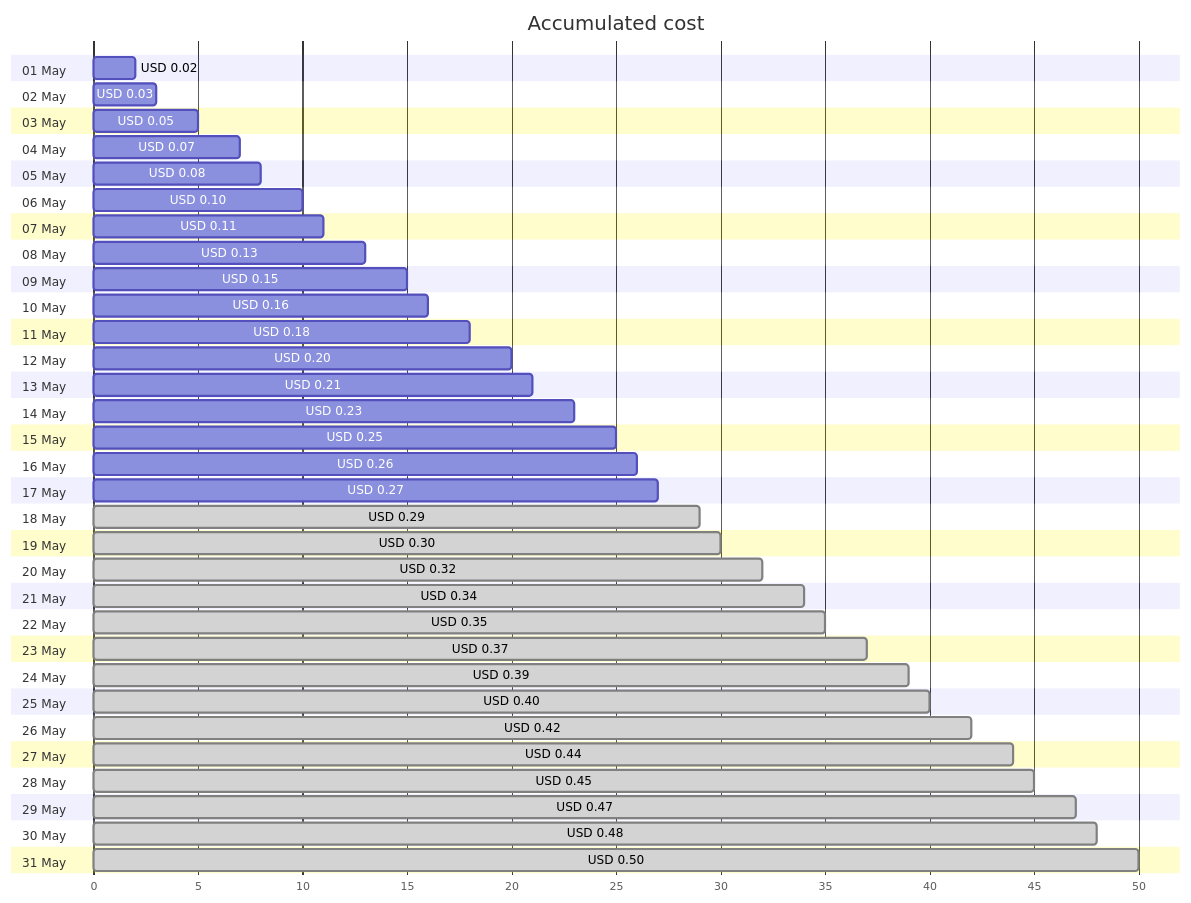
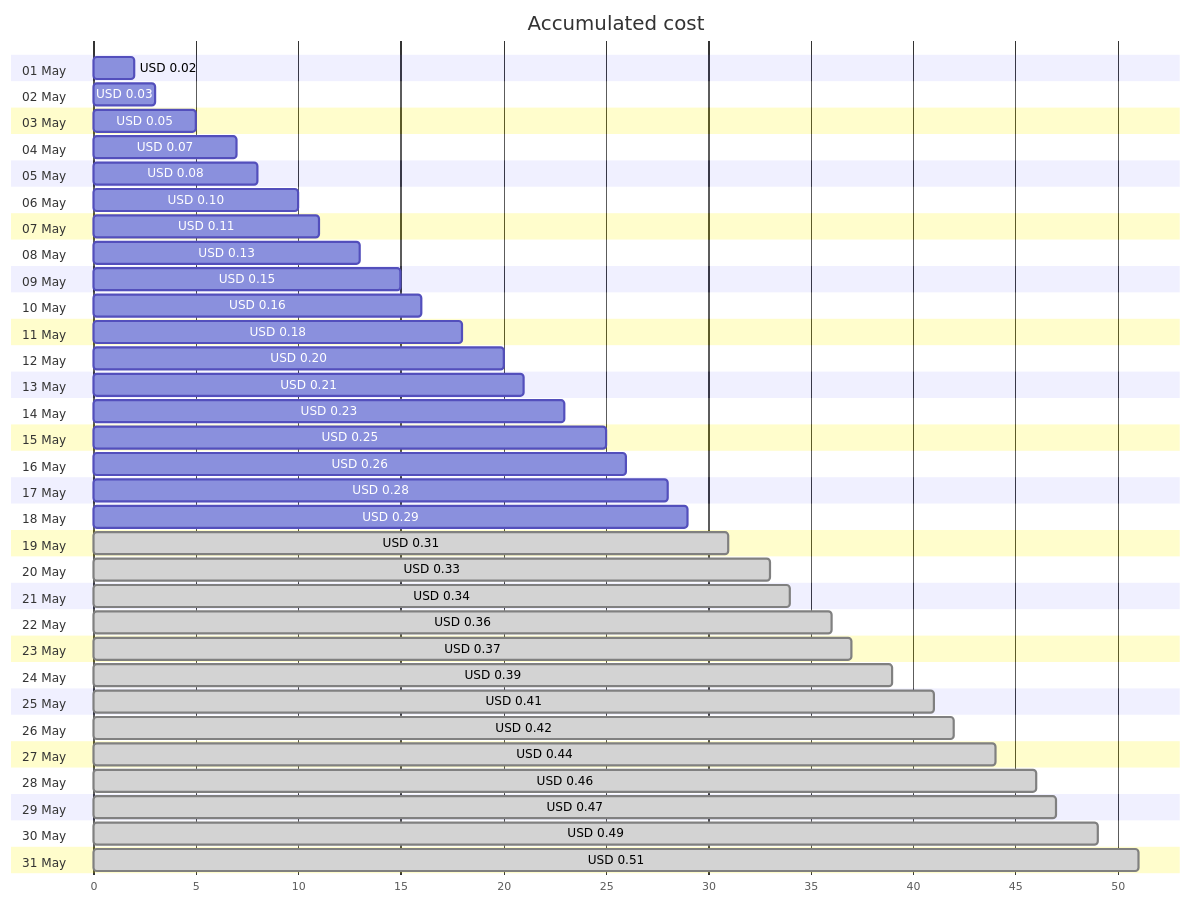
The first of 4 diagrams in cost-reports/personal-dns/jpatrickfulton.com.md (jpfulton/azure-personal-reports), drawn with Mermaid before and after one commit. The commit also changed other lines of this file and 2 other files, not shown here.

Commit message:
Generated reports [skip ci]

````diff
--- a/cost-reports/personal-dns/jpatrickfulton.com.md
+++ b/cost-reports/personal-dns/jpatrickfulton.com.md
@@ -20,68 +20,68 @@
 ```mermaid
 gantt
    title Accumulated cost
    dateFormat  X
    axisFormat %s
    section 01 May
    USD 0.02 :0, 2
    section 02 May
    USD 0.03 :0, 3
    section 03 May
    USD 0.05 :0, 5
    section 04 May
    USD 0.07 :0, 7
    section 05 May
    USD 0.08 :0, 8
    section 06 May
    USD 0.10 :0, 10
    section 07 May
    USD 0.11 :0, 11
    section 08 May
    USD 0.13 :0, 13
    section 09 May
    USD 0.15 :0, 15
    section 10 May
    USD 0.16 :0, 16
    section 11 May
    USD 0.18 :0, 18
    section 12 May
    USD 0.20 :0, 20
    section 13 May
    USD 0.21 :0, 21
    section 14 May
    USD 0.23 :0, 23
    section 15 May
    USD 0.25 :0, 25
    section 16 May
    USD 0.26 :0, 26
    section 17 May
-   USD 0.27 :0, 27
+   USD 0.28 :0, 28
    section 18 May
-   USD 0.29 : done, 0, 29
+   USD 0.29 :0, 29
    section 19 May
-   USD 0.30 : done, 0, 30
+   USD 0.31 : done, 0, 31
    section 20 May
-   USD 0.32 : done, 0, 32
+   USD 0.33 : done, 0, 33
    section 21 May
    USD 0.34 : done, 0, 34
    section 22 May
-   USD 0.35 : done, 0, 35
+   USD 0.36 : done, 0, 36
    section 23 May
    USD 0.37 : done, 0, 37
    section 24 May
    USD 0.39 : done, 0, 39
    section 25 May
-   USD 0.40 : done, 0, 40
+   USD 0.41 : done, 0, 41
    section 26 May
    USD 0.42 : done, 0, 42
    section 27 May
    USD 0.44 : done, 0, 44
    section 28 May
-   USD 0.45 : done, 0, 45
+   USD 0.46 : done, 0, 46
    section 29 May
    USD 0.47 : done, 0, 47
    section 30 May
-   USD 0.48 : done, 0, 48
+   USD 0.49 : done, 0, 49
    section 31 May
-   USD 0.50 : done, 0, 50
+   USD 0.51 : done, 0, 51
 ```
````
